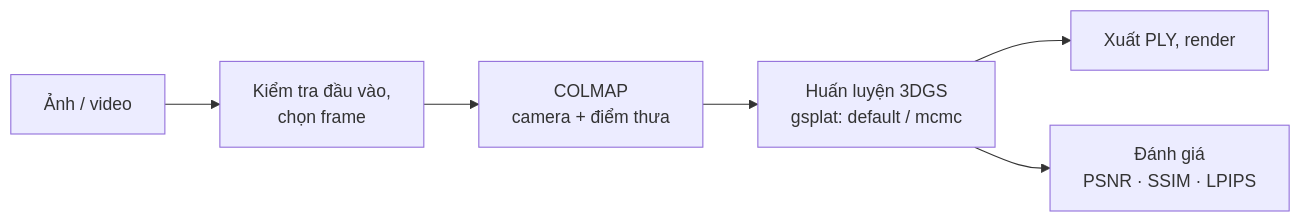
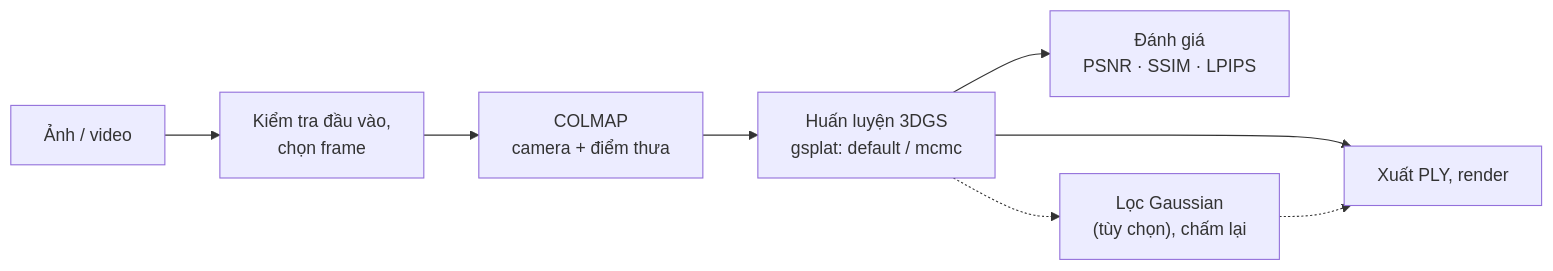
The diagram in README.md (truong0809/SpatialRoom3D), drawn with Mermaid before and after one commit. The commit also changed other lines of this file and 38 other files, not shown here.

````diff
--- a/README.md
+++ b/README.md
@@ -11,8 +11,10 @@
 ```mermaid
 flowchart LR
     A["Ảnh / video"] --> B["Kiểm tra đầu vào,<br/>chọn frame"]
     B --> C["COLMAP<br/>camera + điểm thưa"]
     C --> D["Huấn luyện 3DGS<br/>gsplat: default / mcmc"]
     D --> E["Xuất PLY, render"]
     D --> F["Đánh giá<br/>PSNR · SSIM · LPIPS"]
+    D -.-> G["Lọc Gaussian<br/>(tùy chọn), chấm lại"]
+    G -.-> E
 ```
````
